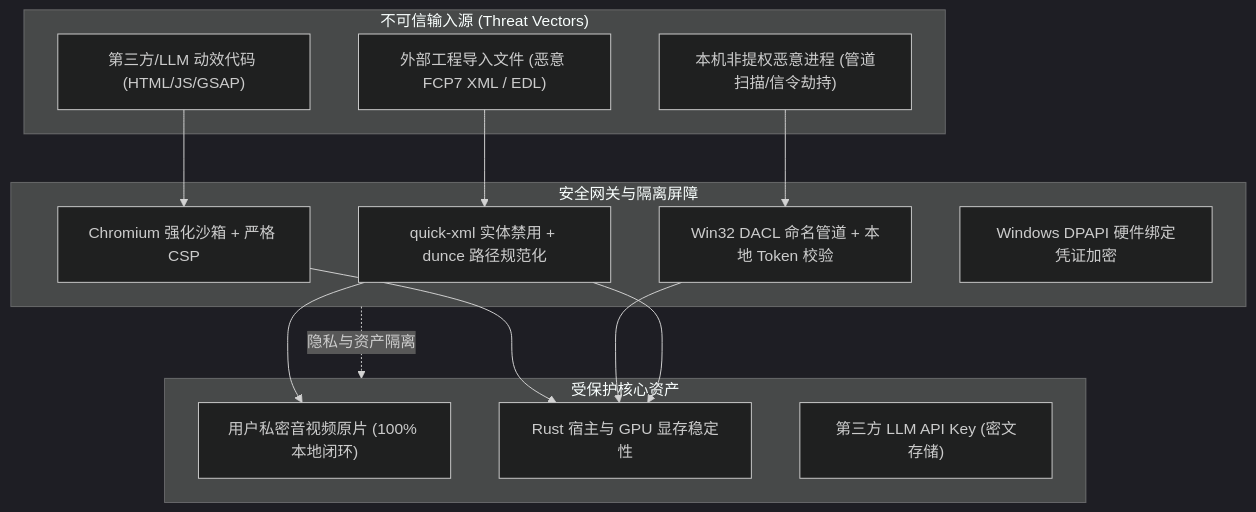
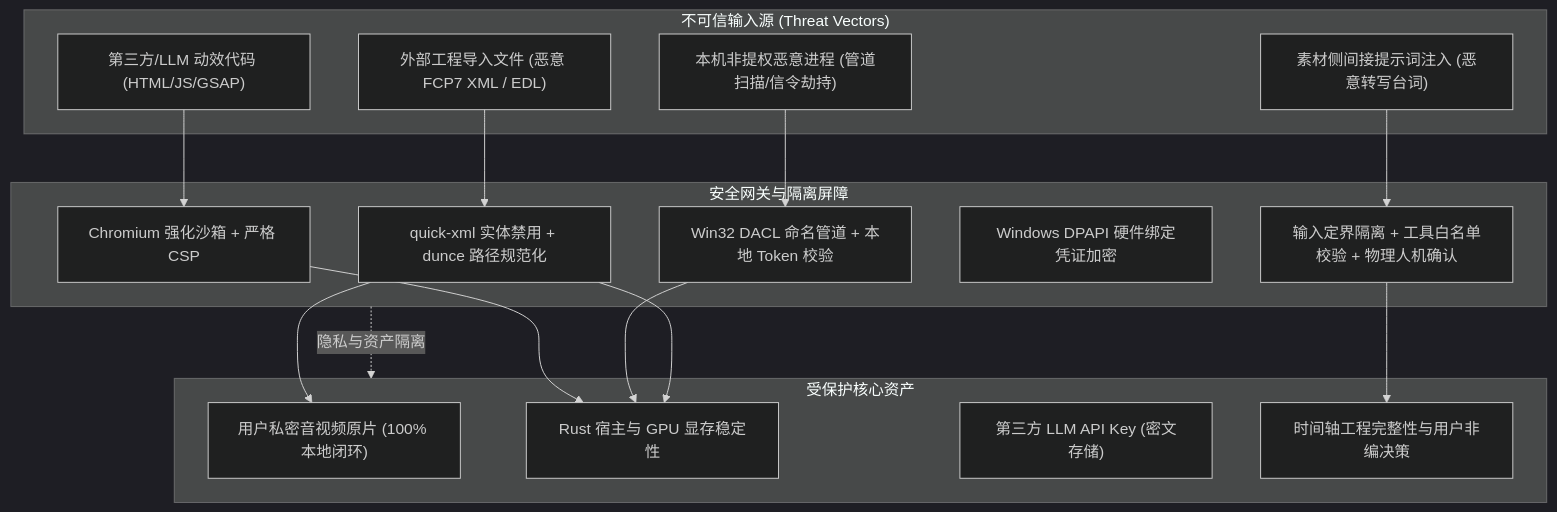
One commit to qiuku2022/ClipFlow changed the diagram in docs/security-and-privacy.md. Above: the diagram before and after it, drawn with Mermaid (dark theme). The commit also changed other lines of this file and 1544 other files, not shown here.

````diff
--- a/docs/security-and-privacy.md
+++ b/docs/security-and-privacy.md
@@ -14,26 +14,30 @@
 ```mermaid
 flowchart TD
     subgraph Untrusted_Inputs ["不可信输入源 (Threat Vectors)"]
         T1["第三方/LLM 动效代码 (HTML/JS/GSAP)"]
         T2["本机非提权恶意进程 (管道扫描/信令劫持)"]
         T3["外部工程导入文件 (恶意 FCP7 XML / EDL)"]
+        T4["素材侧间接提示词注入 (恶意转写台词)"]
     end
 
     subgraph Security_Gateways ["安全网关与隔离屏障"]
         G1["Chromium 强化沙箱 + 严格 CSP"]
         G2["Win32 DACL 命名管道 + 本地 Token 校验"]
         G3["quick-xml 实体禁用 + dunce 路径规范化"]
         G4["Windows DPAPI 硬件绑定凭证加密"]
+        G5["输入定界隔离 + 工具白名单校验 + 物理人机确认"]
     end
 
     subgraph Protected_Assets ["受保护核心资产"]
         A1["用户私密音视频原片 (100% 本地闭环)"]
         A2["Rust 宿主与 GPU 显存稳定性"]
         A3["第三方 LLM API Key (密文存储)"]
+        A4["时间轴工程完整性与用户非编决策"]
     end
 
     T1 --> G1 --> A2
     T2 --> G2 --> A2
     T3 --> G3 --> A1 & A2
+    T4 --> G5 --> A4
     Security_Gateways -.->|隐私与资产隔离| Protected_Assets
 ```
````
